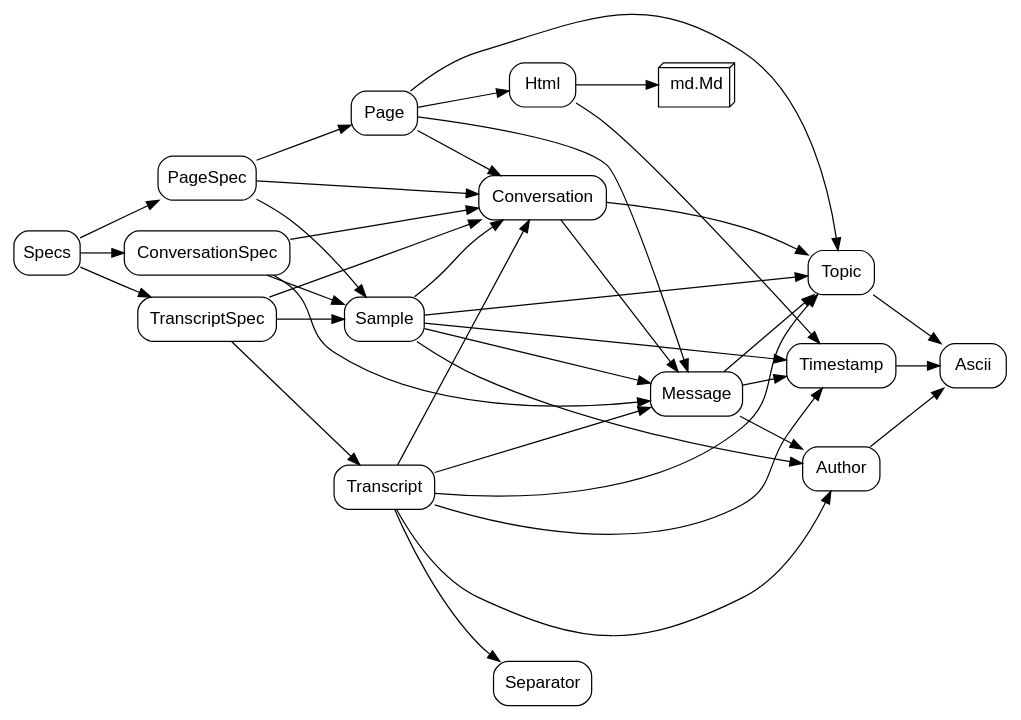
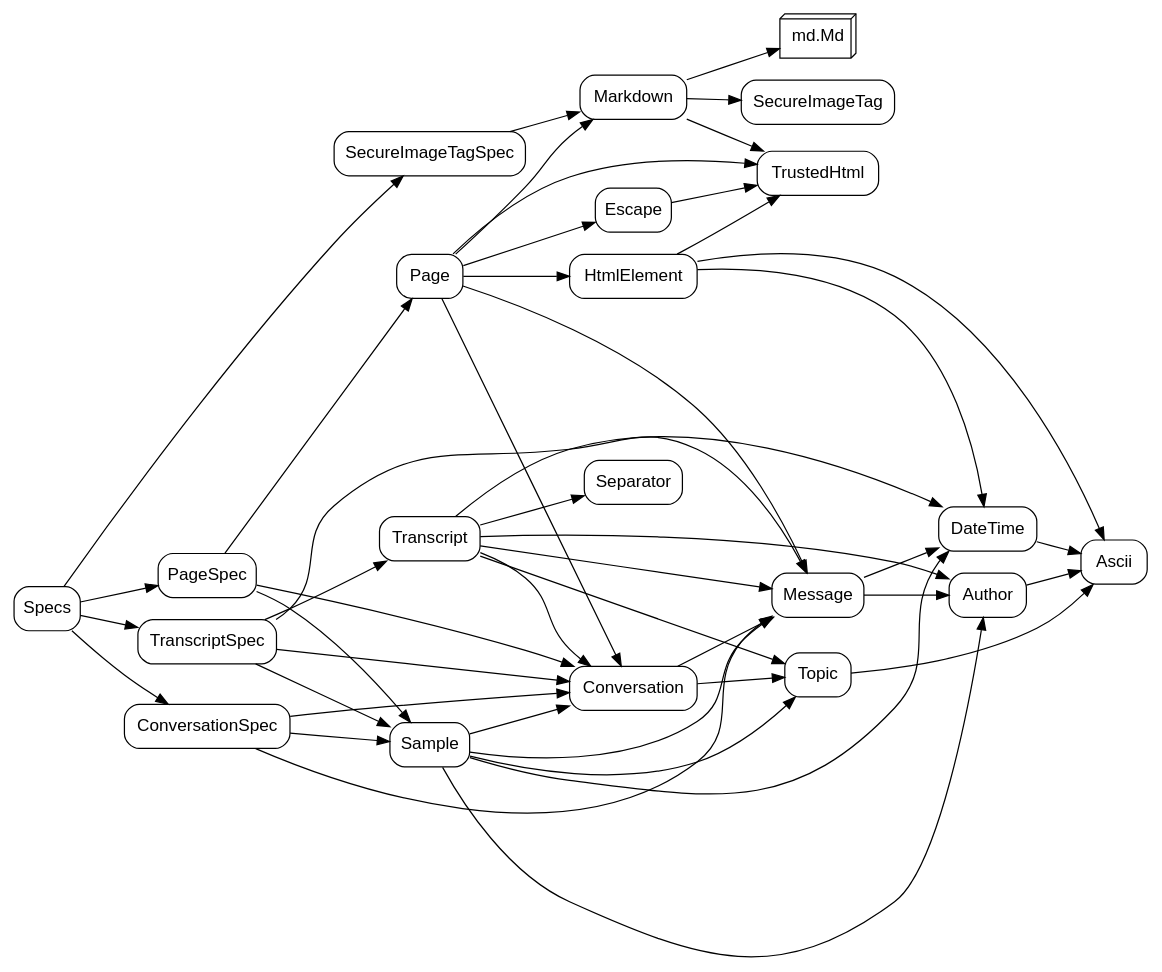
The first of 2 diagrams in notes/gopher-roc-pictures.md (showell/essay-repl-server), drawn with Graphviz before and after one commit. The commit also changed other lines of this file and 2 other files, not shown here.

````diff
--- a/notes/gopher-roc-pictures.md
+++ b/notes/gopher-roc-pictures.md
@@ -7,59 +7,73 @@
 ```dot
 digraph modules {
   rankdir=LR;
   node [shape=box, style=rounded, fontname="sans-serif"];
   "Ascii";
   "Author" -> "Ascii";
   "Author";
   "Conversation" -> "Message";
   "Conversation" -> "Topic";
   "Conversation";
   "ConversationSpec" -> "Conversation";
   "ConversationSpec" -> "Message";
   "ConversationSpec" -> "Sample";
   "ConversationSpec";
+  "DateTime" -> "Ascii";
+  "DateTime";
+  "Escape" -> "TrustedHtml";
+  "Escape";
+  "HtmlElement" -> "Ascii";
+  "HtmlElement" -> "DateTime";
+  "HtmlElement" -> "TrustedHtml";
+  "HtmlElement";
   "md.Md" [shape=box3d];
-  "Html" -> "md.Md";
-  "Html" -> "Timestamp";
-  "Html";
+  "Markdown" -> "md.Md";
+  "Markdown" -> "SecureImageTag";
+  "Markdown" -> "TrustedHtml";
+  "Markdown";
   "Message" -> "Author";
-  "Message" -> "Timestamp";
-  "Message" -> "Topic";
+  "Message" -> "DateTime";
   "Message";
   "Page" -> "Conversation";
-  "Page" -> "Html";
+  "Page" -> "HtmlElement";
+  "Page" -> "Escape";
+  "Page" -> "Markdown";
   "Page" -> "Message";
-  "Page" -> "Topic";
+  "Page" -> "TrustedHtml";
   "Page";
   "PageSpec" -> "Conversation";
   "PageSpec" -> "Page";
   "PageSpec" -> "Sample";
   "PageSpec";
   "Sample" -> "Author";
   "Sample" -> "Conversation";
   "Sample" -> "Message";
-  "Sample" -> "Timestamp";
+  "Sample" -> "DateTime";
   "Sample" -> "Topic";
   "Sample";
+  "SecureImageTag";
+  "SecureImageTagSpec" -> "Markdown";
+  "SecureImageTagSpec";
   "Separator";
   "Specs" -> "ConversationSpec";
   "Specs" -> "PageSpec";
+  "Specs" -> "SecureImageTagSpec";
   "Specs" -> "TranscriptSpec";
   "Specs";
-  "Timestamp" -> "Ascii";
-  "Timestamp";
   "Topic" -> "Ascii";
   "Topic";
   "Transcript" -> "Author";
   "Transcript" -> "Conversation";
   "Transcript" -> "Message";
   "Transcript" -> "Separator";
-  "Transcript" -> "Timestamp";
+  "Transcript" -> "DateTime";
   "Transcript" -> "Topic";
   "Transcript";
   "TranscriptSpec" -> "Conversation";
+  "TranscriptSpec" -> "Message";
   "TranscriptSpec" -> "Sample";
   "TranscriptSpec" -> "Transcript";
   "TranscriptSpec";
+  "TrustedHtml";
 }
 ```
````
